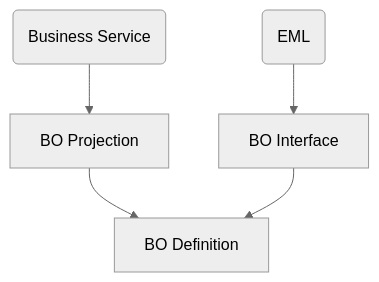
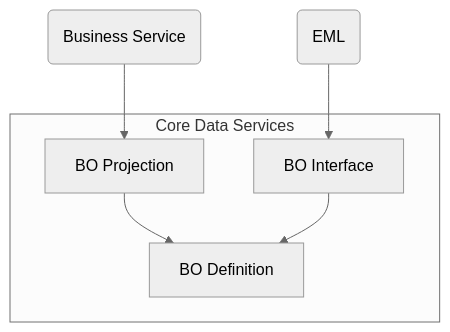
One commit to appenmaier/s4hana changed the second of 2 diagrams in docs/documentation/rap/rap-bos.md. Above: the diagram before and after it, drawn with Mermaid (neutral theme). The commit also changed other lines of this file and 10 other files, not shown here.

````diff
--- a/docs/documentation/rap/rap-bos.md
+++ b/docs/documentation/rap/rap-bos.md
@@ -22,13 +142,15 @@
 ```mermaid
 flowchart
   service(Business Service)
-  projection[BO Projection]
   eml(EML)
-  interface[BO Interface]
-  definition[BO Definition]
+  subgraph Core Data Services
+    projection[BO Projection]
+    interface[BO Interface]
+    definition[BO Definition]
+  end
 
   service --> projection
   eml --> interface
   projection --> definition
   interface --> definition
 ```
````
